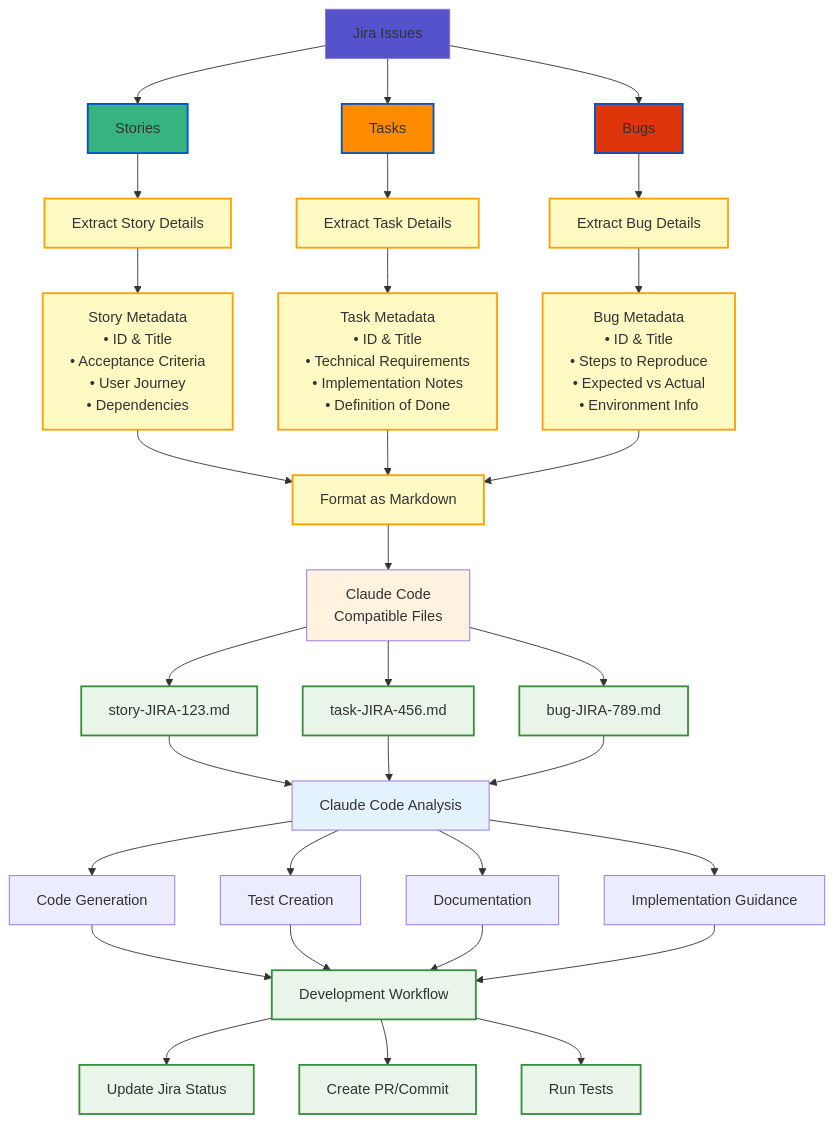
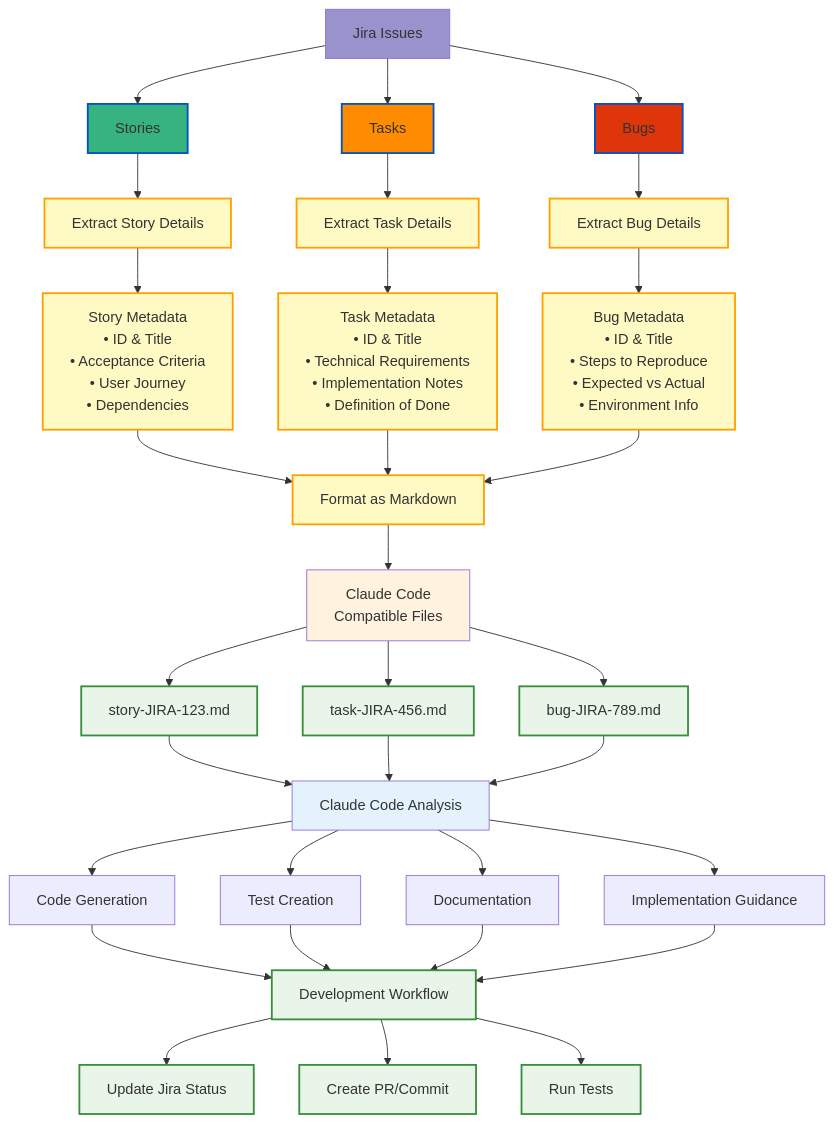
One commit to benthomasson/sig-ai changed the diagram in diagrams/jira-to-claude.md. Above: the diagram before and after it, drawn with Mermaid.

````diff
--- a/diagrams/jira-to-claude.md
+++ b/diagrams/jira-to-claude.md
@@ -5,58 +5,58 @@
 ```mermaid
 flowchart TD
     A[Jira Issues] --> B[Stories]
     A --> C[Tasks]
     A --> D[Bugs]
     
     B --> E[Extract Story Details]
     C --> F[Extract Task Details]
     D --> G[Extract Bug Details]
     
     E --> H[Story Metadata<br/>• ID & Title<br/>• Acceptance Criteria<br/>• User Journey<br/>• Dependencies]
     F --> I[Task Metadata<br/>• ID & Title<br/>• Technical Requirements<br/>• Implementation Notes<br/>• Definition of Done]
     G --> J[Bug Metadata<br/>• ID & Title<br/>• Steps to Reproduce<br/>• Expected vs Actual<br/>• Environment Info]
     
     H --> K[Format as Markdown]
     I --> K
     J --> K
     
     K --> L[Claude Code<br/>Compatible Files]
     
     L --> M[story-JIRA-123.md]
     L --> N[task-JIRA-456.md]
     L --> O[bug-JIRA-789.md]
     
     M --> P[Claude Code Analysis]
     N --> P
     O --> P
     
     P --> Q[Code Generation]
     P --> R[Test Creation]
     P --> S[Documentation]
     P --> T[Implementation Guidance]
     
     Q --> U[Development Workflow]
     R --> U
     S --> U
     T --> U
     
     U --> V[Update Jira Status]
     U --> W[Create PR/Commit]
     U --> X[Run Tests]
     
-    style A fill:#5552cc
+    style A fill:#9992cc
     style B fill:#36b37e
     style C fill:#ff8b00
     style D fill:#de350b
     style L fill:#fff3e0
     style P fill:#e3f2fd
     style U fill:#e8f5e8
     
     classDef jiraIssue fill:#f0f8ff,stroke:#0052cc,stroke-width:2px
     classDef processing fill:#fff9c4,stroke:#ffa000,stroke-width:2px
     classDef output fill:#e8f5e8,stroke:#388e3c,stroke-width:2px
     
     class B,C,D jiraIssue
     class E,F,G,H,I,J,K processing
     class M,N,O,U,V,W,X output
 ```
````
